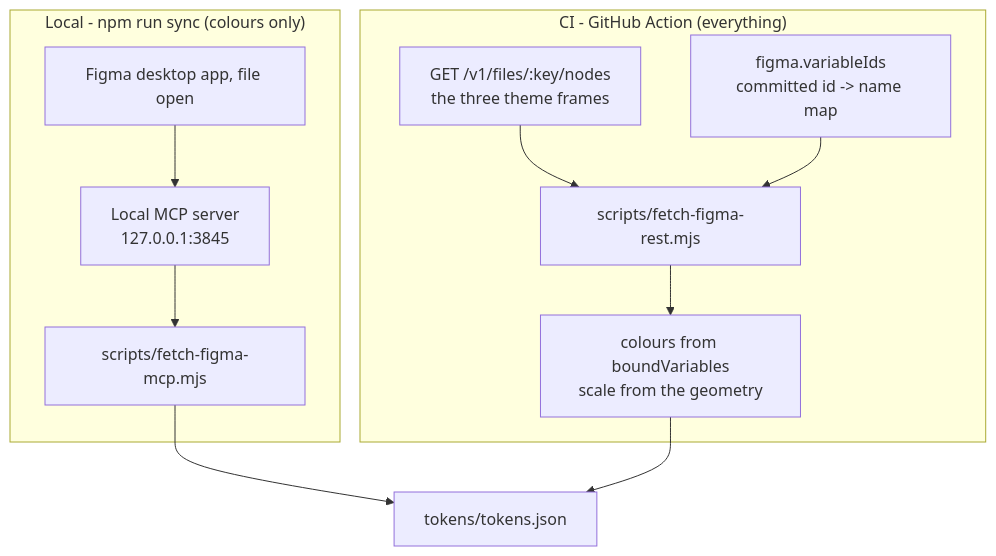
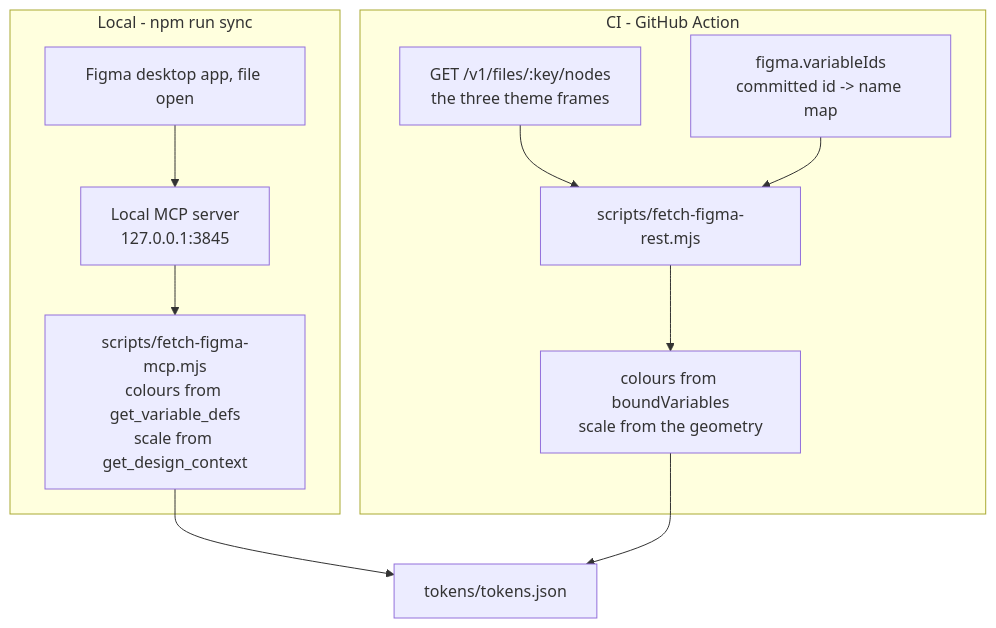
Before and after one commit to serhii-kucherenko/expo-figma-tokens: the fifth of 5 diagrams in README.md, drawn with Mermaid. The commit also changed other lines of this file and 3 other files, not shown here.

````diff
--- a/README.md
+++ b/README.md
@@ -209,14 +214,14 @@
 ```mermaid
 flowchart TB
-  subgraph L["Local - npm run sync (colours only)"]
+  subgraph L["Local - npm run sync"]
     L1["Figma desktop app, file open"] --> L2["Local MCP server<br/>127.0.0.1:3845"]
-    L2 --> L3["scripts/fetch-figma-mcp.mjs"]
+    L2 --> L3["scripts/fetch-figma-mcp.mjs<br/>colours from get_variable_defs<br/>scale from get_design_context"]
   end
-  subgraph C["CI - GitHub Action (everything)"]
+  subgraph C["CI - GitHub Action"]
     C1["GET /v1/files/:key/nodes<br/>the three theme frames"] --> C2["scripts/fetch-figma-rest.mjs"]
     M["figma.variableIds<br/>committed id -> name map"] --> C2
     C2 --> C5["colours from boundVariables<br/>scale from the geometry"]
   end
   L3 --> T["tokens/tokens.json"]
   C5 --> T
 ```
````
